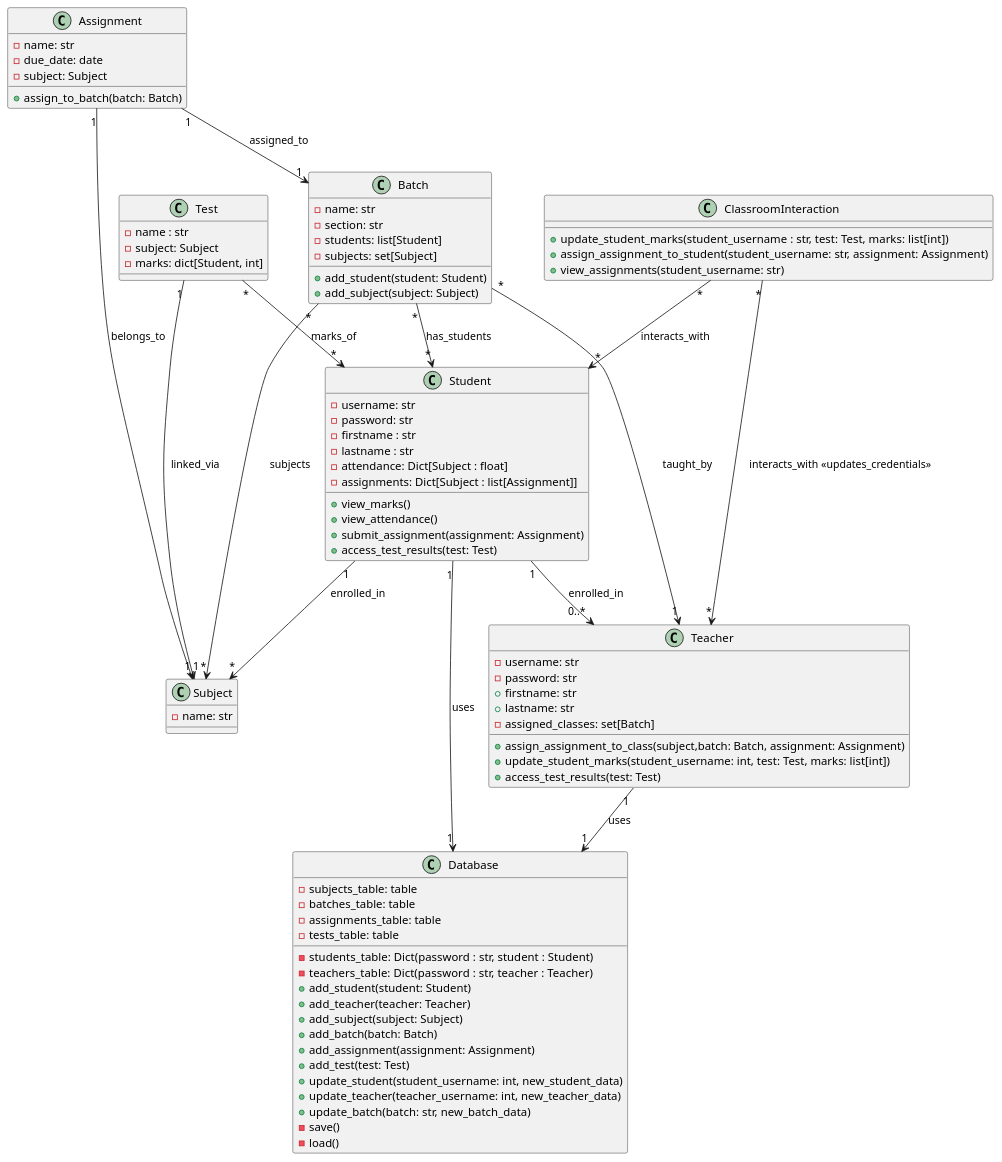
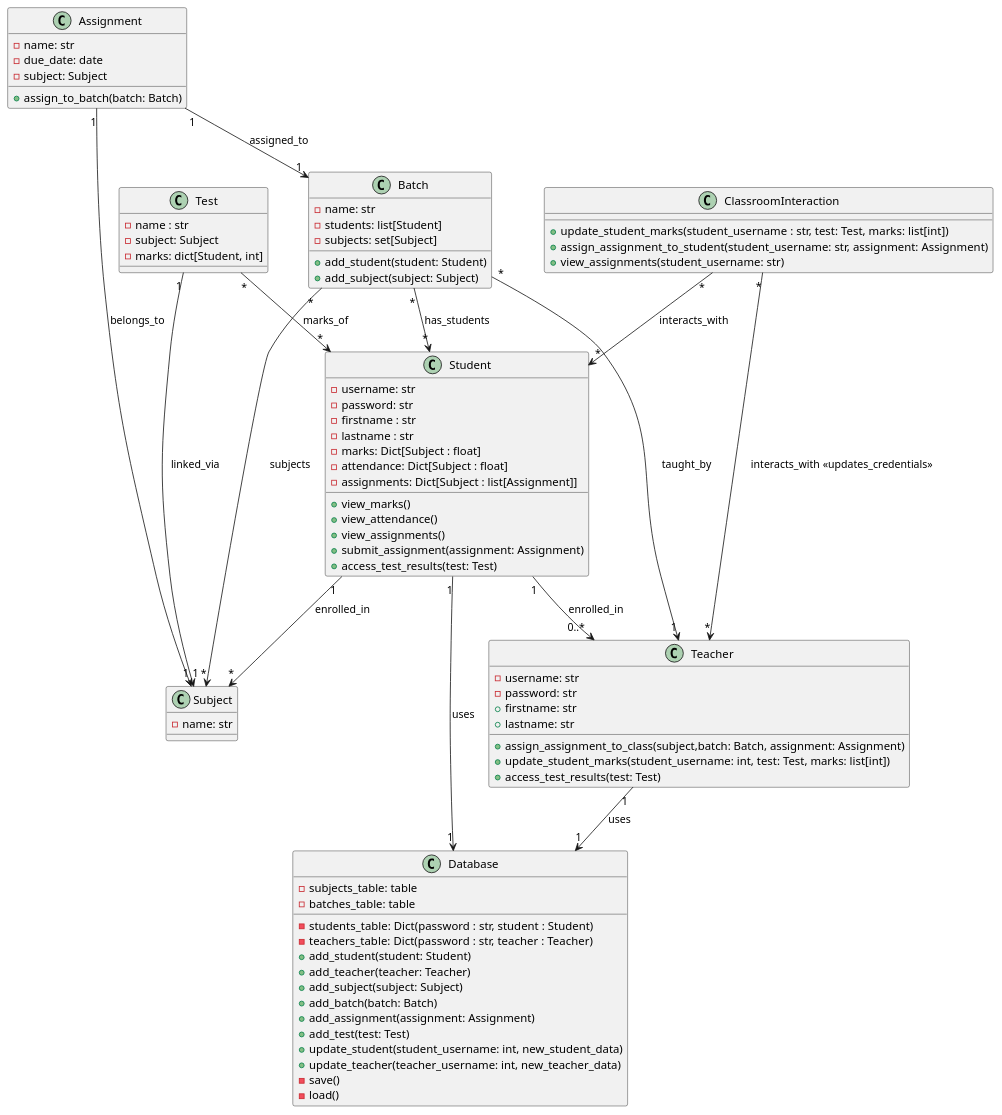
The diagram in umldiagram.puml (SrimanRakshan/DSA), drawn with PlantUML before and after one commit. The commit also changed 1 other file, not shown here.

Commit message:
Update basic_classes and UML

```diff
--- a/umldiagram.puml
+++ b/umldiagram.puml
@@ -1,91 +1,88 @@
 @startuml
 class Student {
     - username: str
     - password: str
     - firstname : str
     - lastname : str
+    - marks: Dict[Subject : float]
     - attendance: Dict[Subject : float]
     - assignments: Dict[Subject : list[Assignment]]
     + view_marks()
     + view_attendance()
+    + view_assignments()
     + submit_assignment(assignment: Assignment)
     + access_test_results(test: Test)
 }
 
 class Teacher {
     - username: str
     - password: str
     + firstname: str
     + lastname: str
-    - assigned_classes: set[Batch]
     + assign_assignment_to_class(subject,batch: Batch, assignment: Assignment)
     + update_student_marks(student_username: int, test: Test, marks: list[int])
     + access_test_results(test: Test)
 }
 
 class Subject {
     - name: str
 }
 
 class Batch {
     - name: str
-    - section: str
     - students: list[Student]
     - subjects: set[Subject]
     + add_student(student: Student)
     + add_subject(subject: Subject)
 }
 
 class Assignment {
     - name: str
     - due_date: date
     - subject: Subject
     + assign_to_batch(batch: Batch)
 }
 
 class Test {
     - name : str
     - subject: Subject
     - marks: dict[Student, int]
 }
 
 class ClassroomInteraction {
     + update_student_marks(student_username : str, test: Test, marks: list[int])
     + assign_assignment_to_student(student_username: str, assignment: Assignment)
     + view_assignments(student_username: str)
 }
 
 class Database {
     - students_table: Dict(password : str, student : Student)
     - teachers_table: Dict(password : str, teacher : Teacher)
     - subjects_table: table
     - batches_table: table
-    - assignments_table: table
-    - tests_table: table
     + add_student(student: Student)
     + add_teacher(teacher: Teacher)
     + add_subject(subject: Subject)
     + add_batch(batch: Batch)
     + add_assignment(assignment: Assignment)
     + add_test(test: Test)
     + update_student(student_username: int, new_student_data)
     + update_teacher(teacher_username: int, new_teacher_data)
-    + update_batch(batch: str, new_batch_data)
     - save()
     - load()
 }
 
 Student "1" --> "0..*" Teacher : enrolled_in
 Student "1" --> "1" Database : uses
 Teacher "1" --> "1" Database : uses
 Student "1" --> "*" Subject : enrolled_in
 Batch "*" --> "1" Teacher : taught_by
 Batch "*" --> "*" Student : has_students
 Batch "*" --> "*" Subject : subjects
 Assignment "1" --> "1" Subject : belongs_to
 Assignment "1" --> "1" Batch : assigned_to
 Test "1" --> "1" Subject : linked_via
 Test "*" --> "*" Student : marks_of
 ClassroomInteraction "*" --> "*" Teacher : interacts_with <<updates_credentials>>
 ClassroomInteraction "*" --> "*" Student : interacts_with
 @enduml
```
